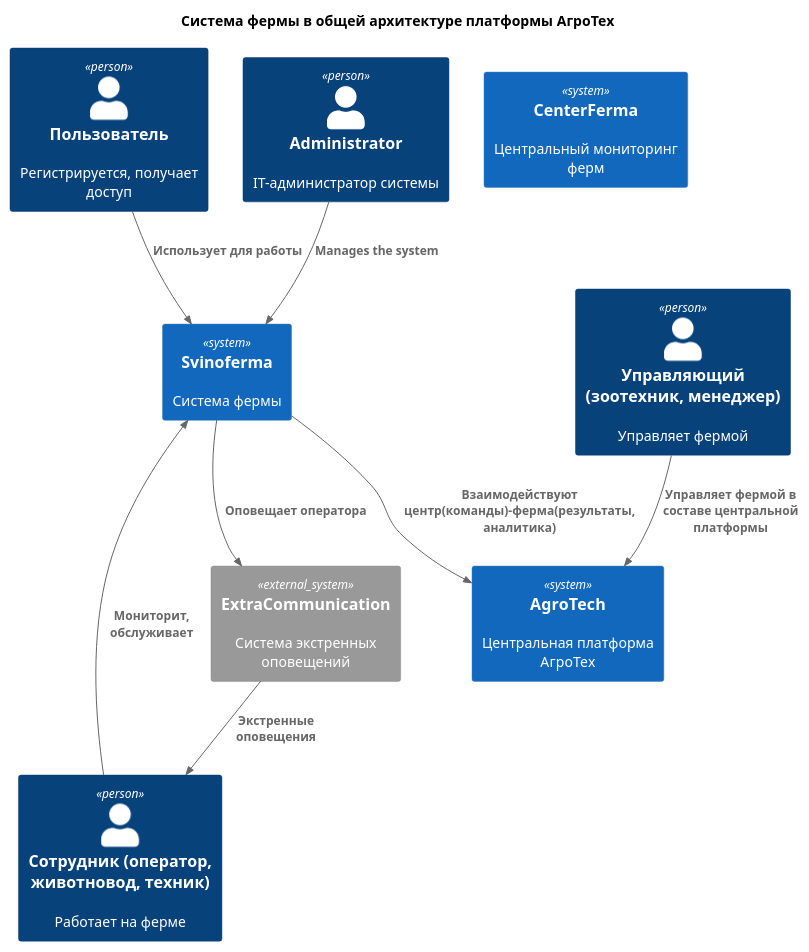
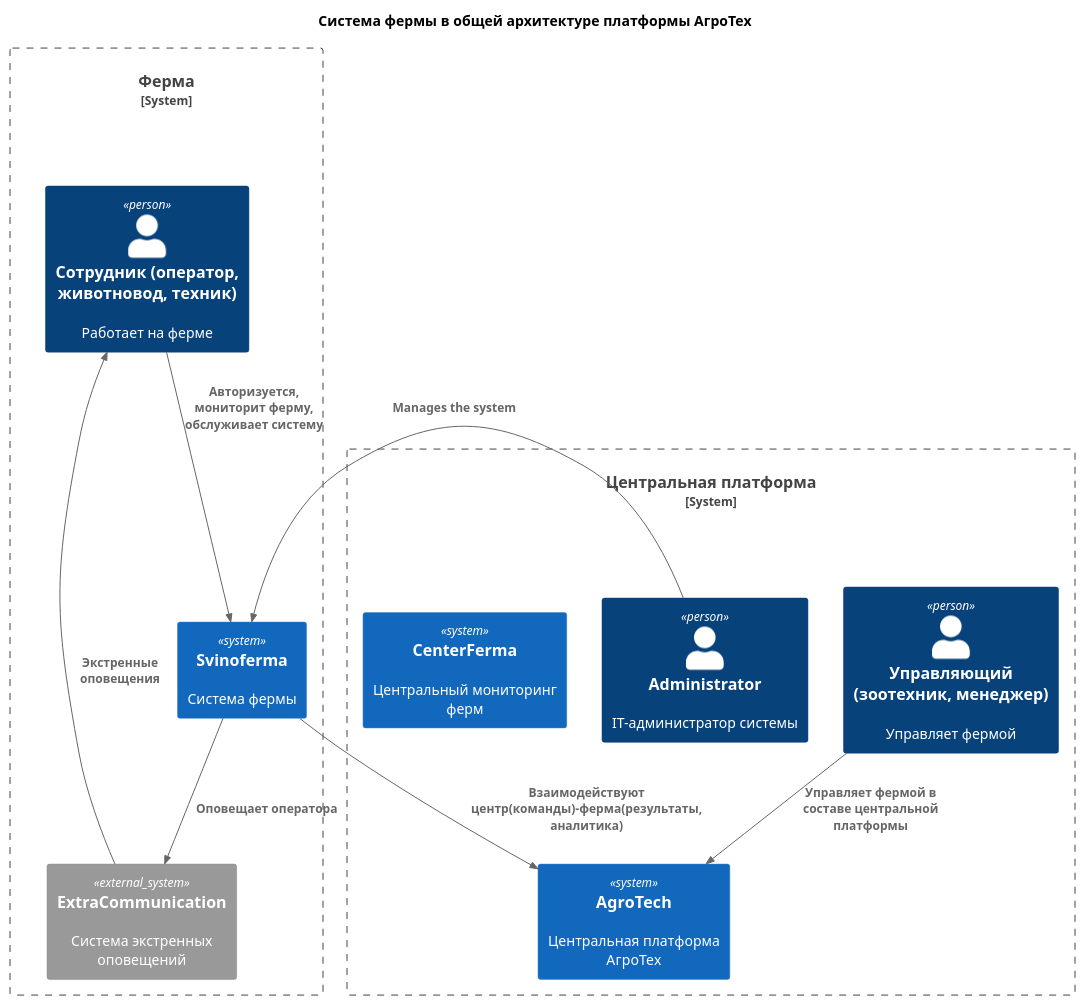
Before and after one commit to IvanVerba/MSA-AgroTech: the diagram in Task1/Context1.puml, drawn with PlantUML.

Commit message:
Task1: Разделение центр-ферса (system_boundary)

```diff
--- a/Task1/Context1.puml
+++ b/Task1/Context1.puml
@@ -1,26 +1,33 @@
 @startuml
 title Ferma Context Diagram
 
 top to bottom direction
 
 !includeurl https://raw.githubusercontent.com/RicardoNiepel/C4-PlantUML/master/C4_Component.puml
 
   title Система фермы в общей архитектуре платформы АгроТех
+ System_Boundary(система_фермы, "Ферма") {
+  Person(operator, "Сотрудник (оператор, животновод, техник)", "Работает на ферме")
+  System(ferma, "Svinoferma", "Система фермы")
+  System_Ext(extr_comm, "ExtraCommunication" , "Система экстренных оповещений")
+  Rel(extr_comm, operator , "Экстренные оповещения")
+  Rel(operator, ferma, "Авторизуется, мониторит ферму, обслуживает систему")
+  Rel(ferma,extr_comm,"Оповещает оператора")
+ }
 
-  Person(user, "Пользователь", "Регистрируется, получает доступ")
-  Person(operator, "Сотрудник (оператор, животновод, техник)", "Работает на ферме")
+
+
+
+System_Boundary(система, "Центральная платформа") {
+  Person(mainuser, "Управляющий (зоотехник, менеджер)", "Управляет фермой")
   Person(admin, "Administrator", "IT-администратор системы")
-  Person(mainuser, "Управляющий (зоотехник, менеджер)", "Управляет фермой")
-  System(ferma, "Svinoferma", "Система фермы")
   System(center_ferma, "CenterFerma", "Центральный мониторинг ферм")
   System(agro_tech, "AgroTech", "Центральная платформа АгроТех")
-  System_Ext(extr_comm, "ExtraCommunication" , "Система экстренных оповещений")
-  Rel(user, ferma, "Использует для работы")
-  Rel(operator, ferma, "Мониторит, обслуживает")
-  Rel(extr_comm, operator , "Экстренные оповещения")
   Rel(admin,ferma,"Manages the system")
-  Rel(ferma,extr_comm,"Оповещает оператора")
+
   Rel(mainuser,agro_tech,"Управляет фермой в составе центральной платформы")
   Rel(ferma,agro_tech,"Взаимодействуют центр(команды)-ферма(результаты, аналитика)")
+ }
+
 
 @enduml
```
